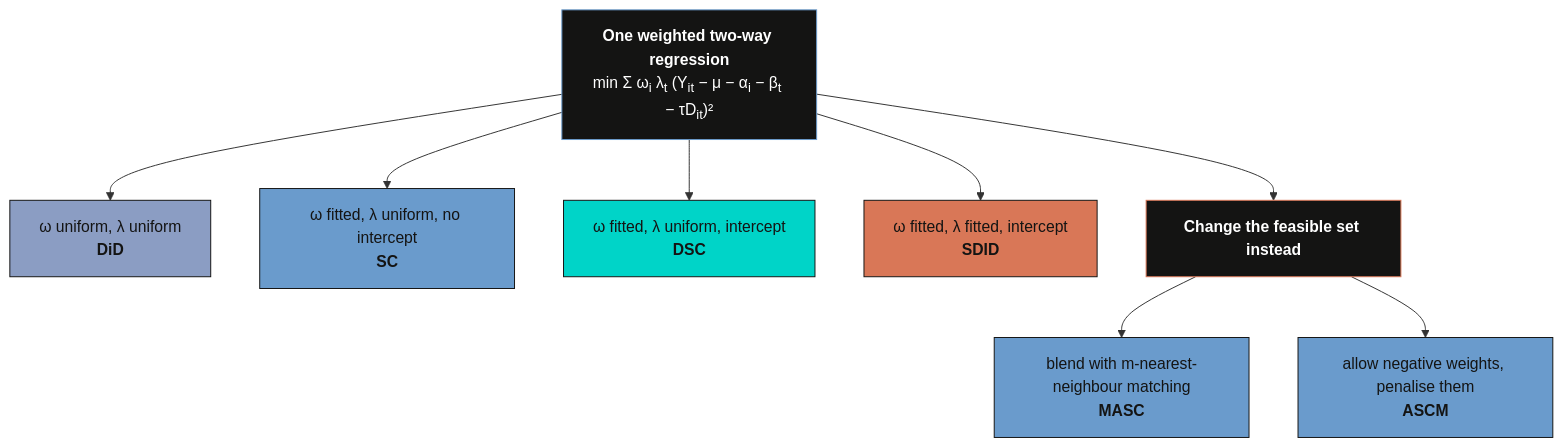
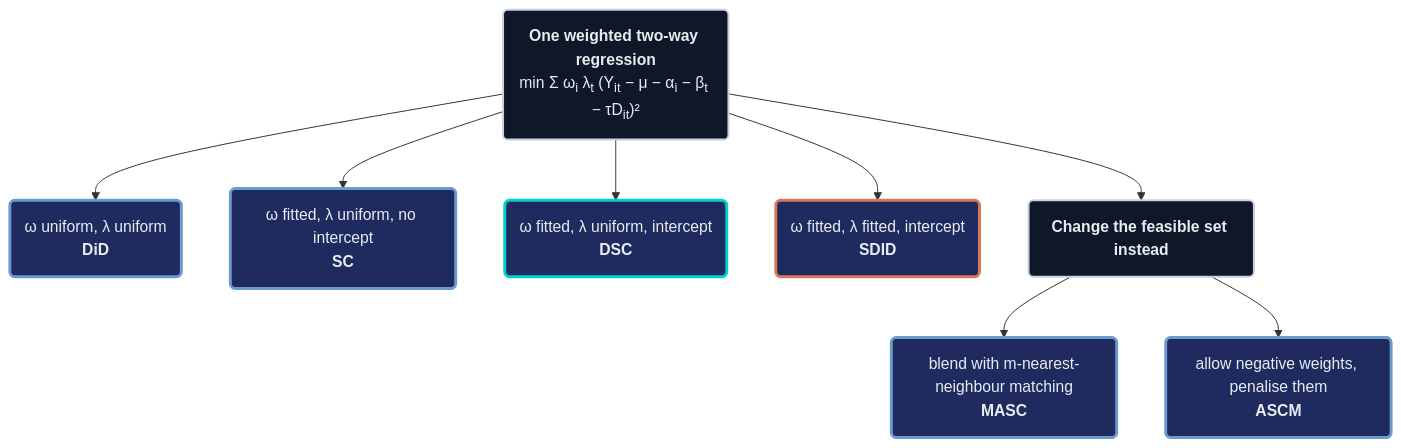
Before and after one commit to cmg777/starter-academic-v501: the second of 3 diagrams in content/post/python_sc_dsc_sdid/index.md, drawn with Mermaid. The commit also changed other lines of this file and 9 other files, not shown here.

First line of the commit message:
content(mermaid): restyle flowcharts in Python posts, batch 2 of 2

````diff
--- a/content/post/python_sc_dsc_sdid/index.md
+++ b/content/post/python_sc_dsc_sdid/index.md
@@ -629,19 +631,19 @@
 ```mermaid
 graph TD
-    R["<b>One weighted two-way regression</b><br/>min Σ ω<sub>i</sub> λ<sub>t</sub> (Y<sub>it</sub> − μ − α<sub>i</sub> − β<sub>t</sub> − τD<sub>it</sub>)²"]
-    R --> A["ω uniform, λ uniform<br/><b>DiD</b>"]
-    R --> B["ω fitted, λ uniform, no intercept<br/><b>SC</b>"]
-    R --> C["ω fitted, λ uniform, intercept<br/><b>DSC</b>"]
-    R --> D["ω fitted, λ fitted, intercept<br/><b>SDID</b>"]
-    R --> E["<b>Change the feasible set instead</b>"]
-    E --> F["blend with m-nearest-neighbour matching<br/><b>MASC</b>"]
-    E --> G["allow negative weights, penalise them<br/><b>ASCM</b>"]
-    style R fill:#141413,stroke:#6a9bcc,color:#fff
-    style A fill:#8b9dc3,stroke:#141413,color:#141413
-    style B fill:#6a9bcc,stroke:#141413,color:#141413
-    style C fill:#00d4c8,stroke:#141413,color:#141413
-    style D fill:#d97757,stroke:#141413,color:#141413
-    style E fill:#141413,stroke:#d97757,color:#fff
-    style F fill:#6a9bcc,stroke:#141413,color:#141413
-    style G fill:#6a9bcc,stroke:#141413,color:#141413
+    R("<b>One weighted two-way regression</b><br/>min Σ ω<sub>i</sub> λ<sub>t</sub> (Y<sub>it</sub> − μ − α<sub>i</sub> − β<sub>t</sub> − τD<sub>it</sub>)²")
+    R --> A("ω uniform, λ uniform<br/><b>DiD</b>")
+    R --> B("ω fitted, λ uniform, no intercept<br/><b>SC</b>")
+    R --> C("ω fitted, λ uniform, intercept<br/><b>DSC</b>")
+    R --> D("ω fitted, λ fitted, intercept<br/><b>SDID</b>")
+    R --> E("<b>Change the feasible set instead</b>")
+    E --> F("blend with m-nearest-neighbour matching<br/><b>MASC</b>")
+    E --> G("allow negative weights, penalise them<br/><b>ASCM</b>")
+    classDef anchor fill:#0f1729,stroke:#c8d0e0,stroke-width:2px,color:#e8ecf2
+    classDef blue fill:#1f2b5e,stroke:#6a9bcc,stroke-width:3px,color:#e8ecf2
+    classDef teal fill:#1f2b5e,stroke:#00d4c8,stroke-width:3px,color:#e8ecf2
+    classDef orange fill:#1f2b5e,stroke:#d97757,stroke-width:3px,color:#e8ecf2
+    class R,E anchor
+    class A,B,F,G blue
+    class C teal
+    class D orange
 ```
````
